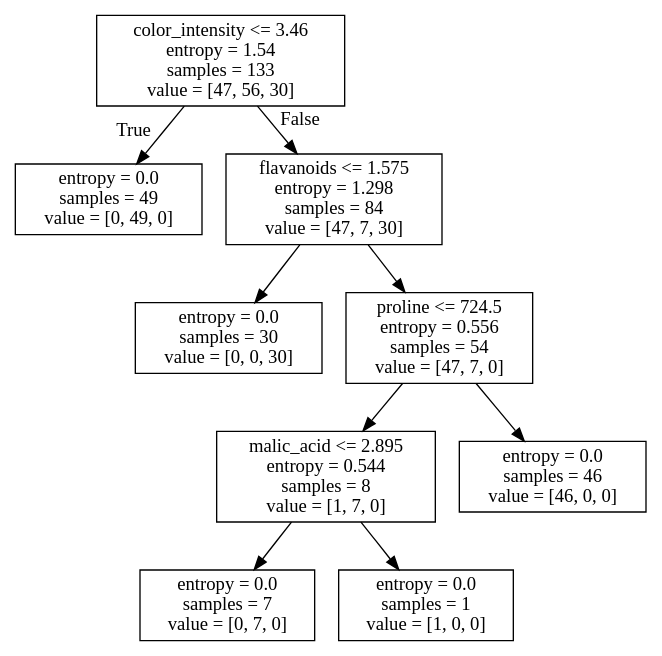
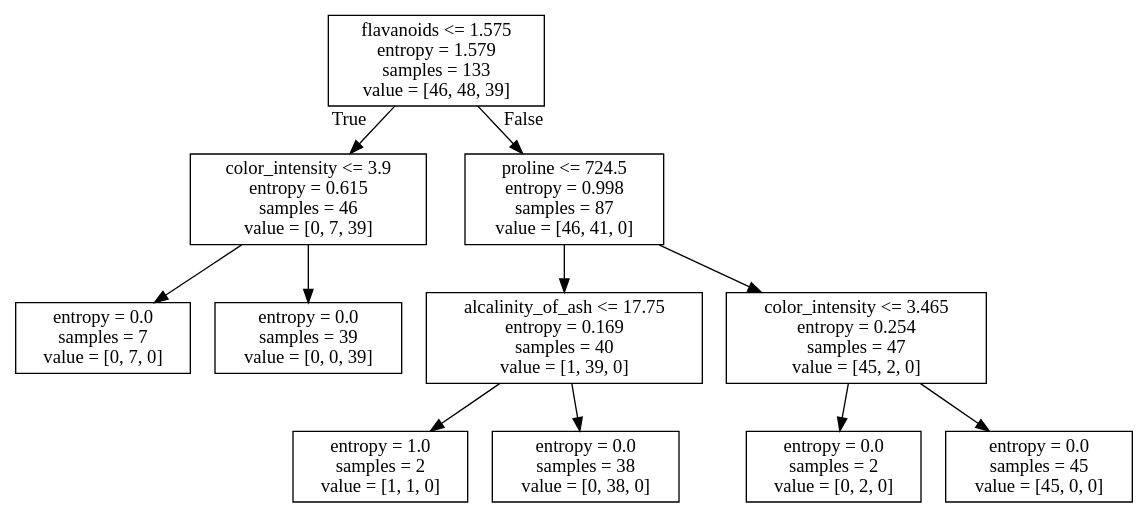
The diagram in result/scikit-learn dot/wine result-second.dot (gomljo/DecisionTreeForPaper), drawn with Graphviz before and after one commit. The commit also changed 40 other files, not shown here.

```diff
--- a/result/scikit-learn dot/wine result-second.dot
+++ b/result/scikit-learn dot/wine result-second.dot
@@ -1,20 +1,24 @@
 digraph Tree {
 node [shape=box] ;
-0 [label="color_intensity <= 3.46\nentropy = 1.54\nsamples = 133\nvalue = [47, 56, 30]"] ;
-1 [label="entropy = 0.0\nsamples = 49\nvalue = [0, 49, 0]"] ;
+0 [label="flavanoids <= 1.575\nentropy = 1.579\nsamples = 133\nvalue = [46, 48, 39]"] ;
+1 [label="color_intensity <= 3.9\nentropy = 0.615\nsamples = 46\nvalue = [0, 7, 39]"] ;
 0 -> 1 [labeldistance=2.5, labelangle=45, headlabel="True"] ;
-2 [label="flavanoids <= 1.575\nentropy = 1.298\nsamples = 84\nvalue = [47, 7, 30]"] ;
-0 -> 2 [labeldistance=2.5, labelangle=-45, headlabel="False"] ;
-3 [label="entropy = 0.0\nsamples = 30\nvalue = [0, 0, 30]"] ;
-2 -> 3 ;
-4 [label="proline <= 724.5\nentropy = 0.556\nsamples = 54\nvalue = [47, 7, 0]"] ;
-2 -> 4 ;
-5 [label="malic_acid <= 2.895\nentropy = 0.544\nsamples = 8\nvalue = [1, 7, 0]"] ;
+2 [label="entropy = 0.0\nsamples = 7\nvalue = [0, 7, 0]"] ;
+1 -> 2 ;
+3 [label="entropy = 0.0\nsamples = 39\nvalue = [0, 0, 39]"] ;
+1 -> 3 ;
+4 [label="proline <= 724.5\nentropy = 0.998\nsamples = 87\nvalue = [46, 41, 0]"] ;
+0 -> 4 [labeldistance=2.5, labelangle=-45, headlabel="False"] ;
+5 [label="alcalinity_of_ash <= 17.75\nentropy = 0.169\nsamples = 40\nvalue = [1, 39, 0]"] ;
 4 -> 5 ;
-6 [label="entropy = 0.0\nsamples = 7\nvalue = [0, 7, 0]"] ;
+6 [label="entropy = 1.0\nsamples = 2\nvalue = [1, 1, 0]"] ;
 5 -> 6 ;
-7 [label="entropy = 0.0\nsamples = 1\nvalue = [1, 0, 0]"] ;
+7 [label="entropy = 0.0\nsamples = 38\nvalue = [0, 38, 0]"] ;
 5 -> 7 ;
-8 [label="entropy = 0.0\nsamples = 46\nvalue = [46, 0, 0]"] ;
+8 [label="color_intensity <= 3.465\nentropy = 0.254\nsamples = 47\nvalue = [45, 2, 0]"] ;
 4 -> 8 ;
+9 [label="entropy = 0.0\nsamples = 2\nvalue = [0, 2, 0]"] ;
+8 -> 9 ;
+10 [label="entropy = 0.0\nsamples = 45\nvalue = [45, 0, 0]"] ;
+8 -> 10 ;
 }
```
